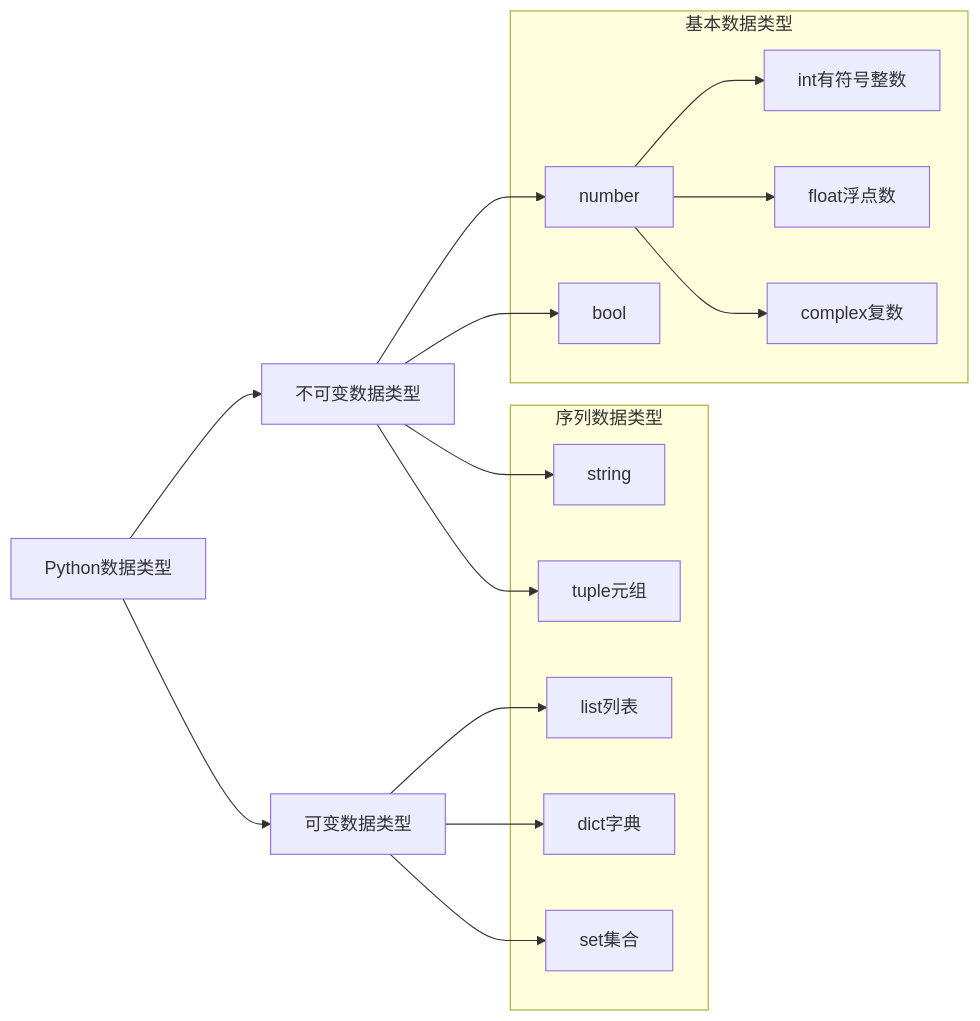
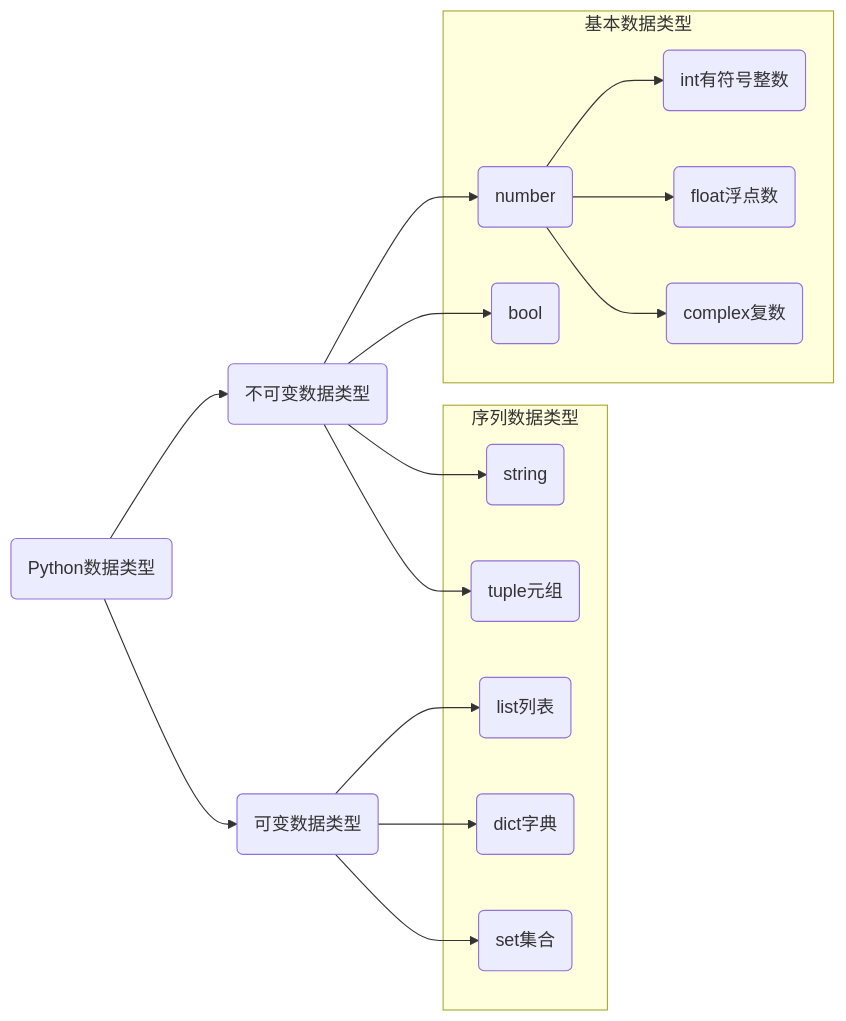
The diagram in b-basic/1-变量.md (hughxusu/lesson-py), drawn with Mermaid before and after one commit.

Commit message:
更新图表样式

````diff
--- a/b-basic/1-变量.md
+++ b/b-basic/1-变量.md
@@ -96,30 +96,29 @@
 ```mermaid
 graph LR
-Python数据类型-->不可变数据类型
-不可变数据类型-->number
-不可变数据类型-->bool
-number-->int有符号整数
-number-->float浮点数
-number-->complex复数
-Python数据类型-->可变数据类型
-不可变数据类型-->string
-不可变数据类型-->tuple元组
-可变数据类型-->list列表
-可变数据类型-->dict字典
-可变数据类型-->set集合
+a(Python数据类型)-->b(不可变数据类型)
+b-->c(number)
+b-->bool(bool)
+c-->int(int有符号整数)
+c-->float(float浮点数)
+c-->cpx(complex复数)
+a-->d(可变数据类型)
+b-->str(string)
+b-->tup(tuple元组)
+d-->list(list列表)
+d-->dict(dict字典)
+d-->set(set集合)
 subgraph 序列数据类型
-string
-tuple元组
-list列表
-dict字典
-set集合
+str
+tup
+list
+dict
+set
 end
 subgraph 基本数据类型
-number
+c
 bool
-int有符号整数
-float浮点数
-complex复数
+int
+float
+cpx
 end
-
 ```
````
